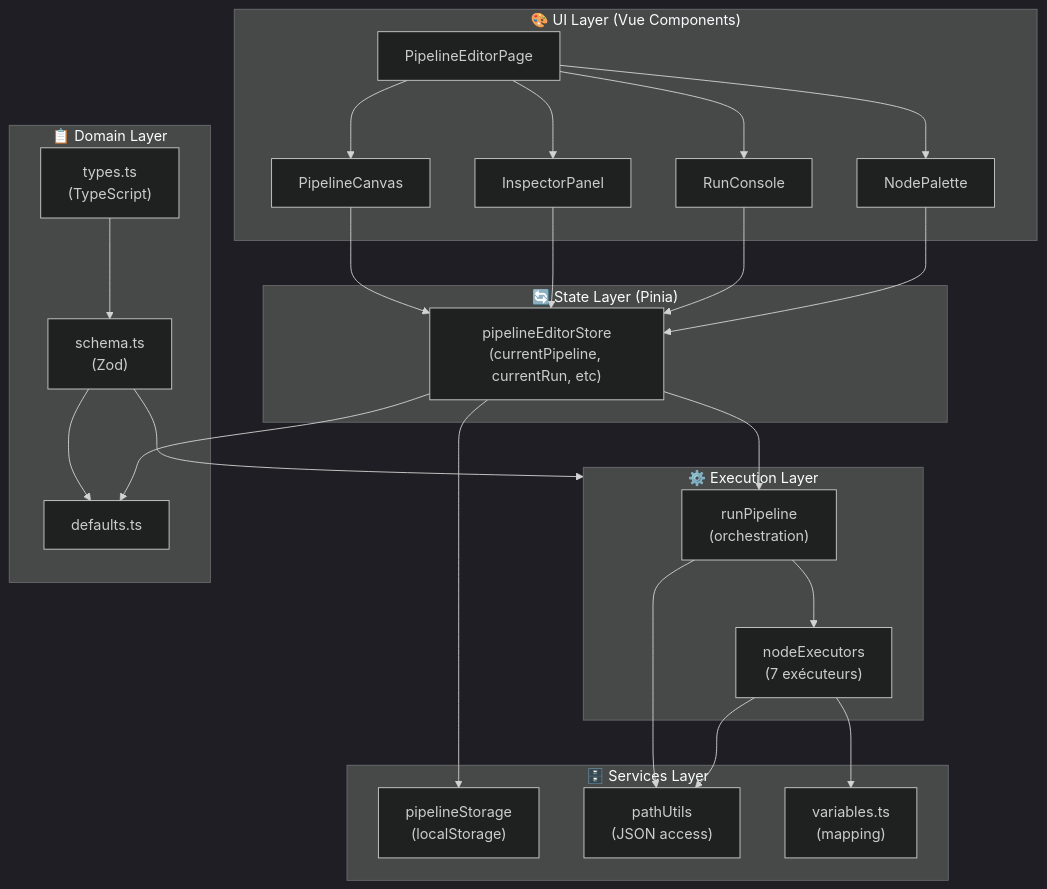
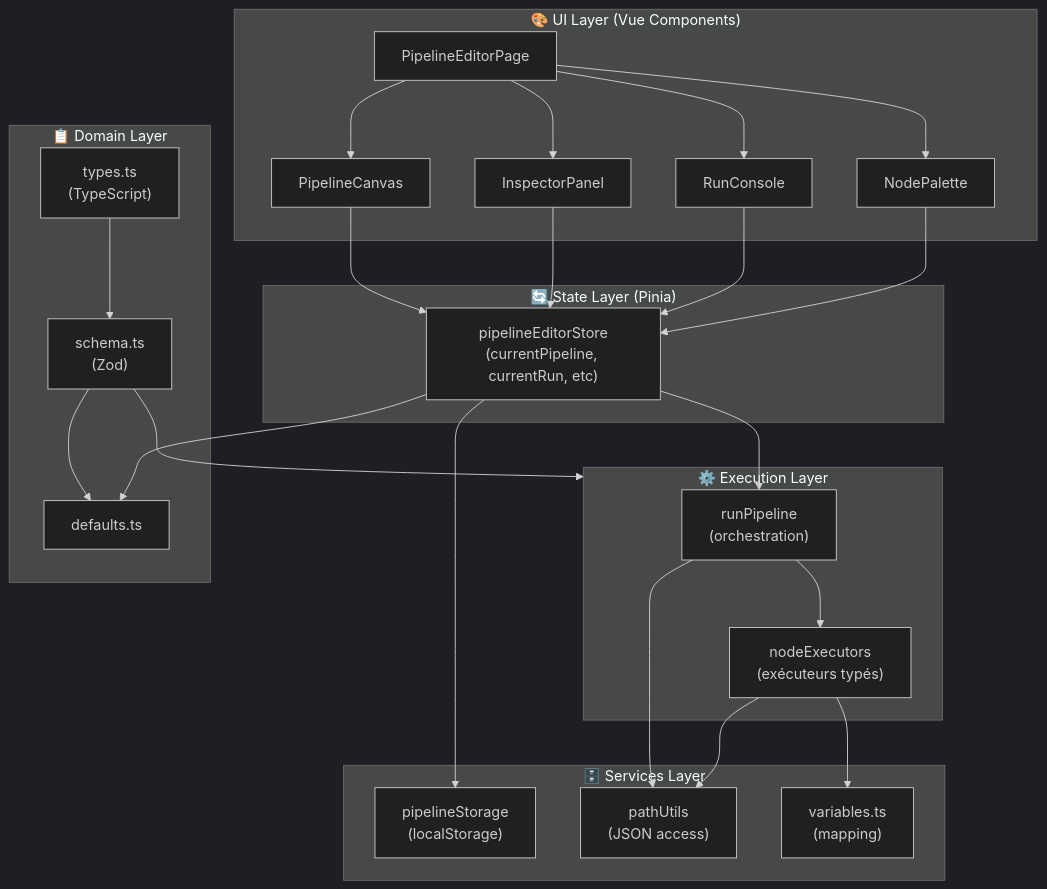
One commit to silvanic/ETL_Experiment changed the first of 12 diagrams in docs/technique/DIAGRAMS.md. Above: the diagram before and after it, drawn with Mermaid (dark theme). The commit also changed other lines of this file and 41 other files, not shown here.

````diff
--- a/docs/technique/DIAGRAMS.md
+++ b/docs/technique/DIAGRAMS.md
@@ -5,55 +5,55 @@
 ```mermaid
 graph TB
     subgraph UI["🎨 UI Layer (Vue Components)"]
         PEP["PipelineEditorPage"]
         PC["PipelineCanvas"]
         NP["NodePalette"]
         IP["InspectorPanel"]
         RC["RunConsole"]
     end
     
     subgraph Store["🔄 State Layer (Pinia)"]
         PES["pipelineEditorStore<br/>(currentPipeline, currentRun, etc)"]
     end
     
     subgraph Engine["⚙️ Execution Layer"]
         RP["runPipeline<br/>(orchestration)"]
-        NE["nodeExecutors<br/>(7 exécuteurs)"]
+        NE["nodeExecutors<br/>(exécuteurs typés)"]
     end
     
     subgraph Domain["📋 Domain Layer"]
         Types["types.ts<br/>(TypeScript)"]
         Schema["schema.ts<br/>(Zod)"]
         Defaults["defaults.ts"]
     end
     
     subgraph Services["🗄️ Services Layer"]
         PS["pipelineStorage<br/>(localStorage)"]
         PU["pathUtils<br/>(JSON access)"]
         Vars["variables.ts<br/>(mapping)"]
     end
     
     PEP --> PC
     PEP --> NP
     PEP --> IP
     PEP --> RC
     
     PC --> PES
     IP --> PES
     RC --> PES
     NP --> PES
     
     PES --> RP
     RP --> NE
     
     NE --> Vars
     RP --> PU
     NE --> PU
     
     Types --> Schema
     Schema --> Defaults
     Schema --> Engine
     
     PES --> PS
     PES --> Defaults
 ```
````
